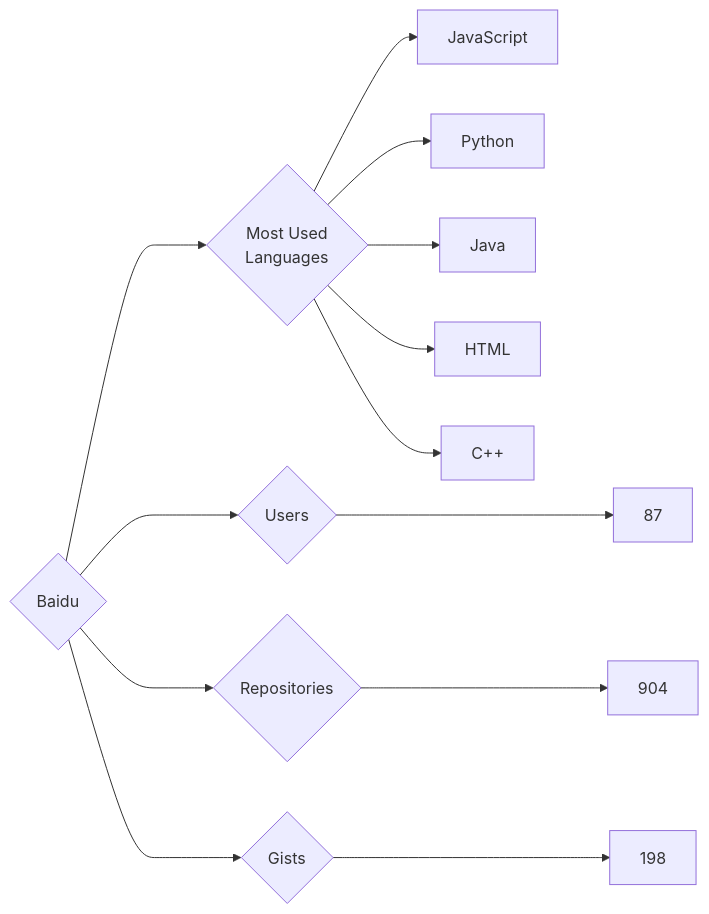
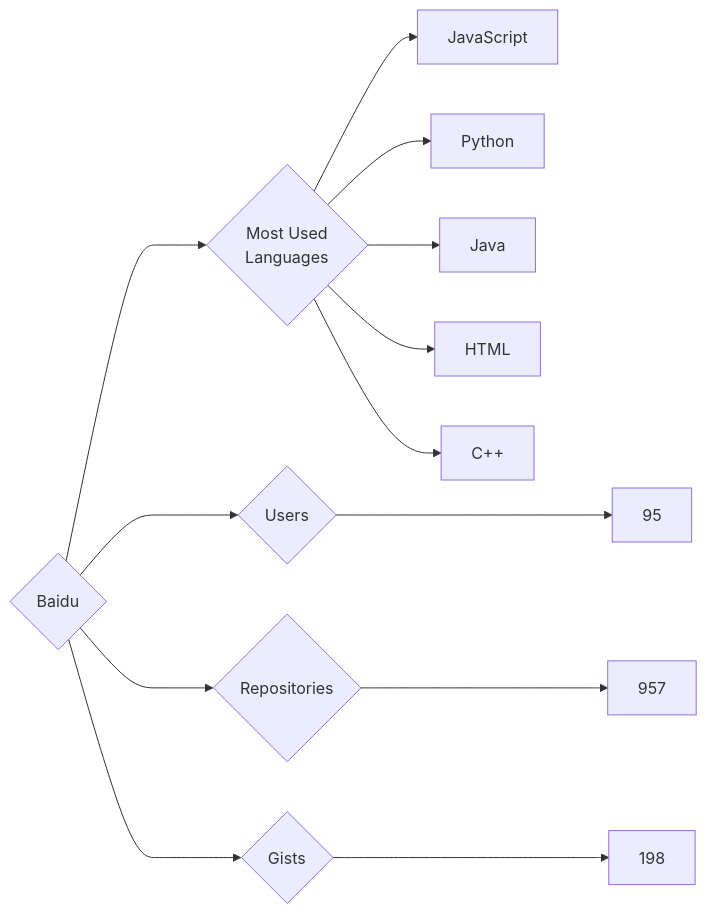
Before and after one commit to trickest/insiders: the diagram in targets/Baidu/README.md, drawn with Mermaid. The commit also changed 823 other files, not shown here.

````diff
--- a/targets/Baidu/README.md
+++ b/targets/Baidu/README.md
@@ -3,13 +3,13 @@
 ```mermaid
 graph LR
 COMPANY_NAME{Baidu}
-COMPANY_NAME ---> U{Users} ---> UN[87]
-COMPANY_NAME ---> R{Repositories} ---> RN[904]
+COMPANY_NAME ---> U{Users} ---> UN[95]
+COMPANY_NAME ---> R{Repositories} ---> RN[957]
 COMPANY_NAME ---> G{Gists} ---> GN[198]
 COMPANY_NAME ---> ML{Most Used<br>Languages}
 ML --> JavaScript[JavaScript]
 ML --> Python[Python]
 ML --> Java[Java]
 ML --> HTML[HTML]
 ML --> C++[C++]
 ```
````
